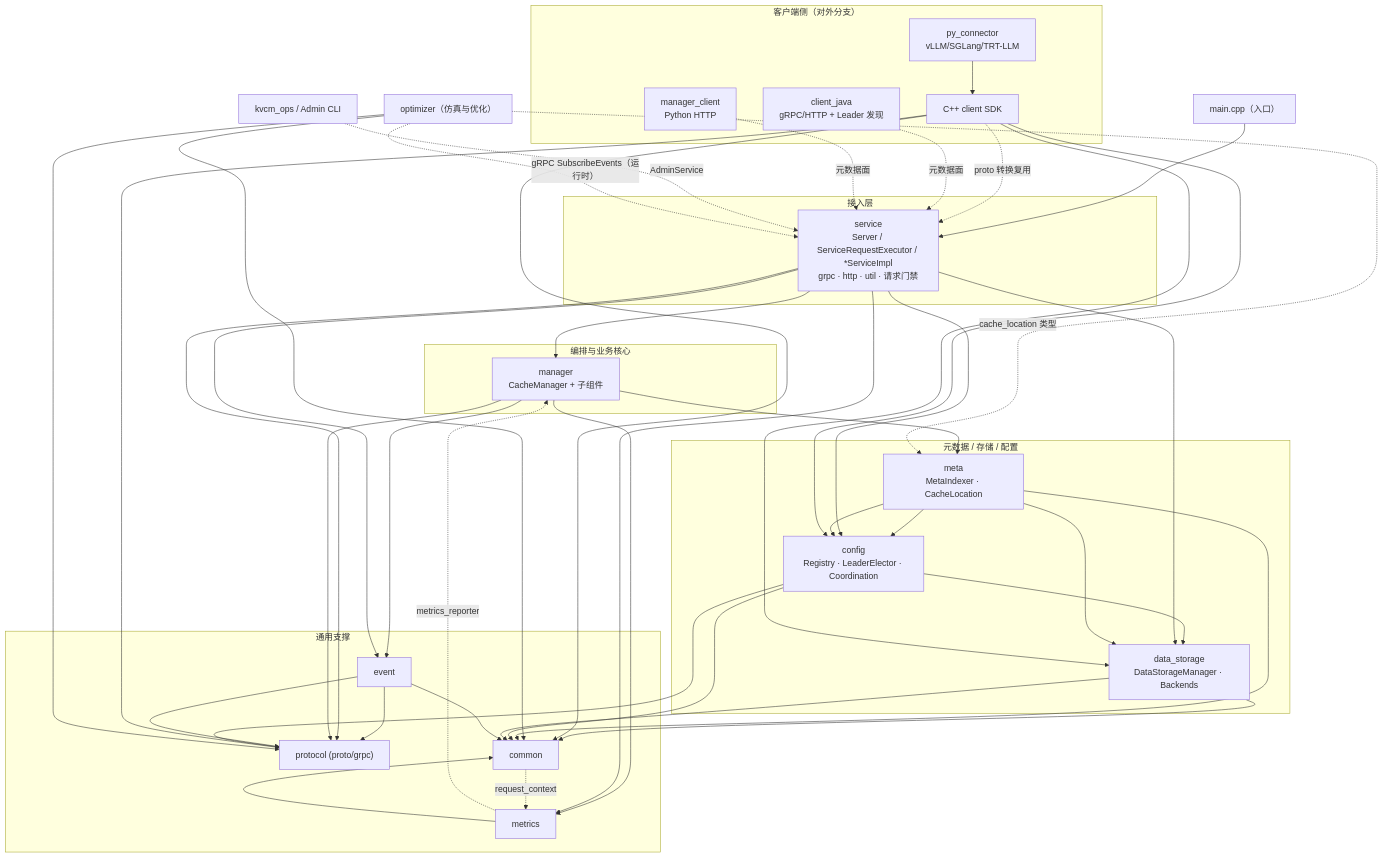
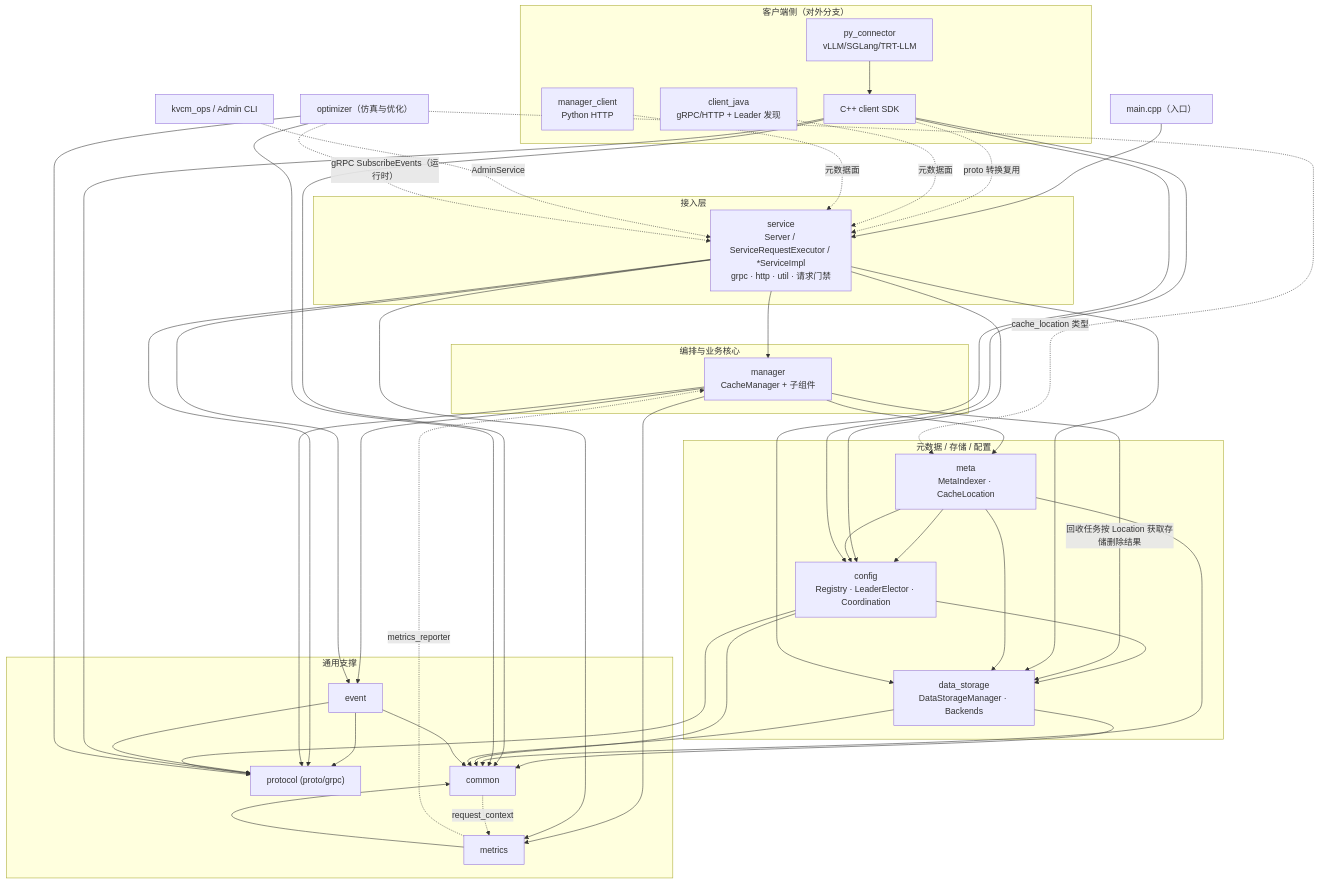
One commit to alibaba/tair-kvcache changed the first of 3 diagrams in docs/design/module_architecture.md. Above: the diagram before and after it, drawn with Mermaid. The commit also changed other lines of this file and 29 other files, not shown here.

First line of the commit message:
[data_storage] isolate PACE protocol handling behind the reclaim storage interface

```diff
--- a/docs/design/module_architecture.md
+++ b/docs/design/module_architecture.md
@@ -169,6 +169,7 @@
 
     %% 核心下降链（控制流）
     main --> service --> manager --> meta --> config --> data_storage --> common
+    manager -->|"回收任务按 Location 获取存储删除结果"| data_storage
 
     %% 通用支撑依赖
     manager --> event
```
